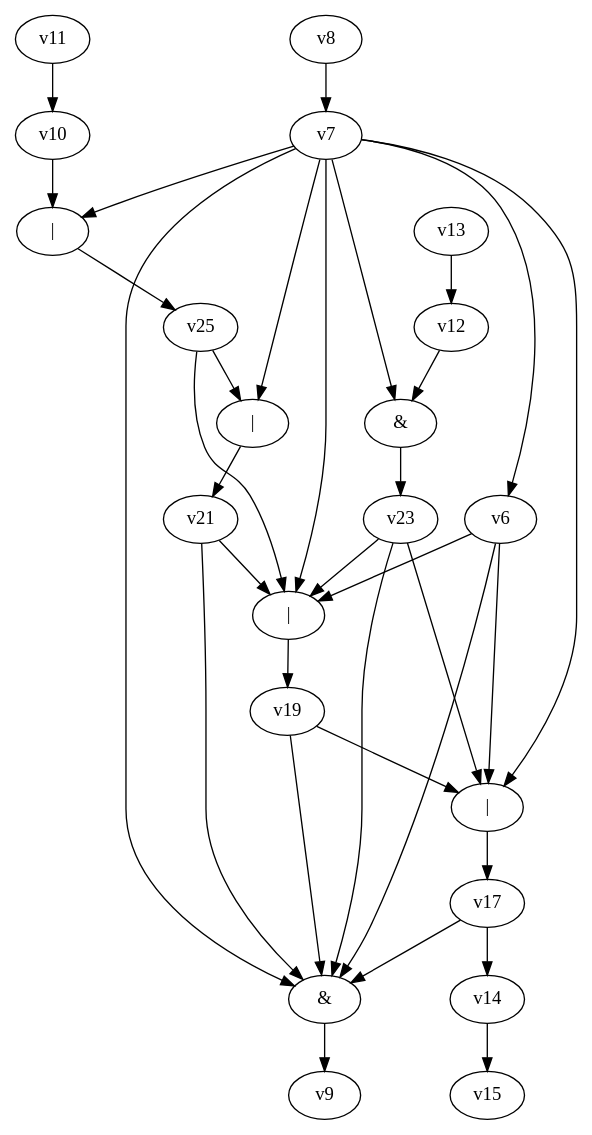
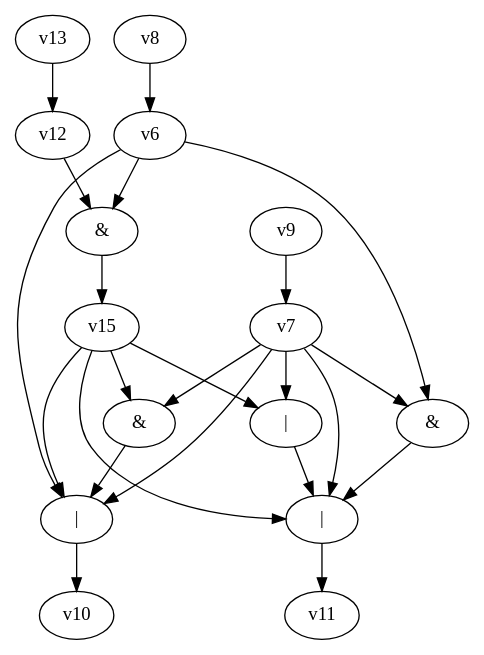
The diagram in dot_files/random_bool_circ.dot (yadej/graph_project), drawn with Graphviz before and after one commit. The commit also changed 4 other files, not shown here.

```diff
--- a/dot_files/random_bool_circ.dot
+++ b/dot_files/random_bool_circ.dot
@@ -1,36 +1,29 @@
 digraph G { 
-v0 [label="&"]; 
-v16 [label="|"]; 
-v18 [label="|"]; 
-v20 [label="|"]; 
-v22 [label="&"]; 
-v24 [label="|"]; 
-v0 -> v9;
+v0 [label="|"]; 
+v1 [label="|"]; 
+v2 [label="&"]; 
+v3 [label="&"]; 
+v4 [label="|"]; 
+v14 [label="&"]; 
+v0 -> v10;
+v1 -> v11;
+v2 -> v0;
+v3 -> v1;
+v4 -> v1;
 v6 -> v0;
-v6 -> v16 -> v17;
-v6 -> v18 -> v19;
+v6 -> v3;
+v6 -> v14 -> v15;
 v7 -> v0;
-v7 -> v6;
-v7 -> v16;
-v7 -> v18;
-v7 -> v20 -> v21;
-v7 -> v22 -> v23;
-v7 -> v24 -> v25;
-v8 -> v7;
-v10 -> v24;
-v11 -> v10;
-v12 -> v22;
+v7 -> v1;
+v7 -> v2;
+v7 -> v3;
+v7 -> v4;
+v8 -> v6;
+v9 -> v7;
+v12 -> v14;
 v13 -> v12;
-v14 -> v15;
-v17 -> v0;
-v17 -> v14;
-v19 -> v0;
-v19 -> v16;
-v21 -> v0;
-v21 -> v18;
-v23 -> v0;
-v23 -> v16;
-v23 -> v18;
-v25 -> v18;
-v25 -> v20;
+v15 -> v0;
+v15 -> v1;
+v15 -> v2;
+v15 -> v4;
 }
```
